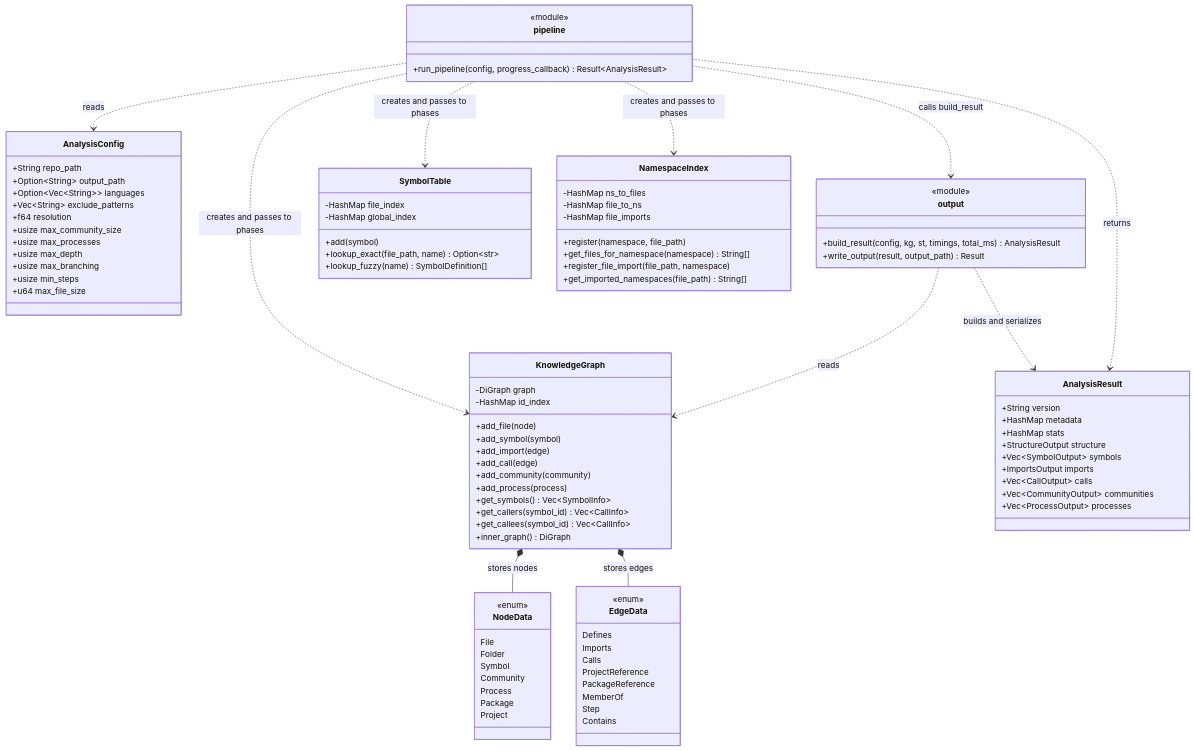
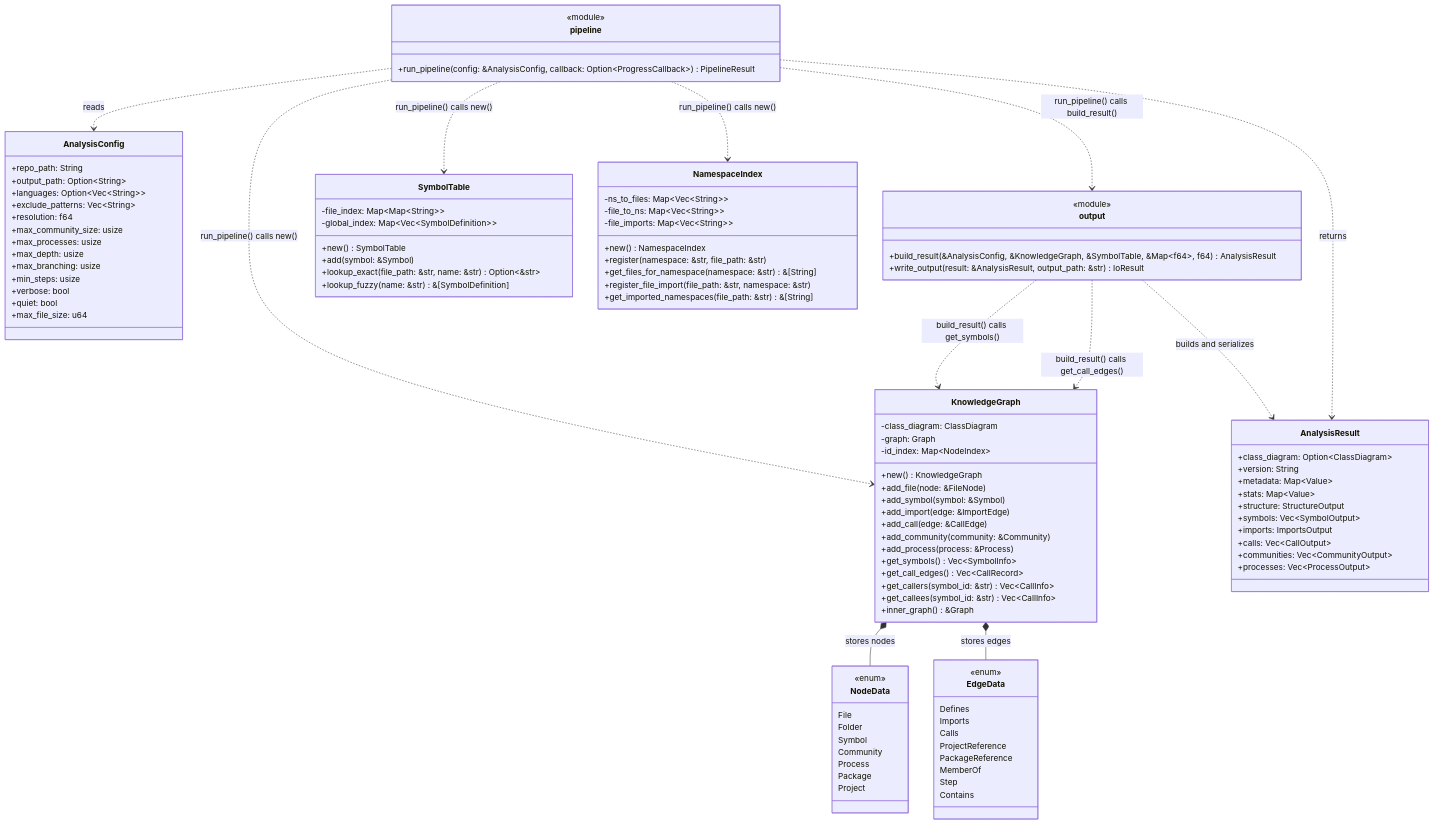
One commit to ScottRBK/mycelium changed the first of 3 diagrams in AGENTS.md. Above: the diagram before and after it, drawn with Mermaid. The commit also changed other lines of this file and 52 other files, not shown here.

First line of the commit message:
feat: add deterministic Mermaid export with test filtering

````diff
--- a/AGENTS.md
+++ b/AGENTS.md
@@ -18,54 +27,61 @@
 
     class pipeline {
         <<module>>
-        +run_pipeline(config, progress_callback) Result~AnalysisResult~
+        +run_pipeline(config: &AnalysisConfig, callback: Option~ProgressCallback~) PipelineResult
     }
 
     class AnalysisConfig {
-        +String repo_path
-        +Option~String~ output_path
-        +Option~Vec~String~~ languages
-        +Vec~String~ exclude_patterns
-        +f64 resolution
-        +usize max_community_size
-        +usize max_processes
-        +usize max_depth
-        +usize max_branching
-        +usize min_steps
-        +u64 max_file_size
+        +repo_path: String
+        +output_path: Option~String~
+        +languages: Option~Vec~String~~
+        +exclude_patterns: Vec~String~
+        +resolution: f64
+        +max_community_size: usize
+        +max_processes: usize
+        +max_depth: usize
+        +max_branching: usize
+        +min_steps: usize
+        +verbose: bool
+        +quiet: bool
+        +max_file_size: u64
     }
 
     class KnowledgeGraph {
-        -DiGraph graph
-        -HashMap id_index
-        +add_file(node)
-        +add_symbol(symbol)
-        +add_import(edge)
-        +add_call(edge)
-        +add_community(community)
-        +add_process(process)
+        -class_diagram: ClassDiagram
+        -graph: Graph
+        -id_index: Map~NodeIndex~
+        +new() KnowledgeGraph
+        +add_file(node: &FileNode)
+        +add_symbol(symbol: &Symbol)
+        +add_import(edge: &ImportEdge)
+        +add_call(edge: &CallEdge)
+        +add_community(community: &Community)
+        +add_process(process: &Process)
         +get_symbols() Vec~SymbolInfo~
-        +get_callers(symbol_id) Vec~CallInfo~
-        +get_callees(symbol_id) Vec~CallInfo~
-        +inner_graph() DiGraph
+        +get_call_edges() Vec~CallRecord~
+        +get_callers(symbol_id: &str) Vec~CallInfo~
+        +get_callees(symbol_id: &str) Vec~CallInfo~
+        +inner_graph() &Graph
     }
 
     class SymbolTable {
-        -HashMap file_index
-        -HashMap global_index
-        +add(symbol)
-        +lookup_exact(file_path, name) Option~str~
-        +lookup_fuzzy(name) SymbolDefinition[]
+        -file_index: Map~Map~String~~
+        -global_index: Map~Vec~SymbolDefinition~~
+        +new() SymbolTable
+        +add(symbol: &Symbol)
+        +lookup_exact(file_path: &str, name: &str) Option~&str~
+        +lookup_fuzzy(name: &str) &[SymbolDefinition]
     }
 
     class NamespaceIndex {
-        -HashMap ns_to_files
-        -HashMap file_to_ns
-        -HashMap file_imports
-        +register(namespace, file_path)
-        +get_files_for_namespace(namespace) String[]
-        +register_file_import(file_path, namespace)
-        +get_imported_namespaces(file_path) String[]
+        -ns_to_files: Map~Vec~String~~
+        -file_to_ns: Map~Vec~String~~
+        -file_imports: Map~Vec~String~~
+        +new() NamespaceIndex
+        +register(namespace: &str, file_path: &str)
+        +get_files_for_namespace(namespace: &str) &[String]
+        +register_file_import(file_path: &str, namespace: &str)
+        +get_imported_namespaces(file_path: &str) &[String]
     }
 
     class NodeData {
@@ -93,30 +109,32 @@
 
     class output {
         <<module>>
-        +build_result(config, kg, st, timings, total_ms) AnalysisResult
-        +write_output(result, output_path) Result
+        +build_result(&AnalysisConfig, &KnowledgeGraph, &SymbolTable, &Map~f64~, f64) AnalysisResult
+        +write_output(result: &AnalysisResult, output_path: &str) IoResult
     }
 
     class AnalysisResult {
-        +String version
-        +HashMap metadata
-        +HashMap stats
-        +StructureOutput structure
-        +Vec~SymbolOutput~ symbols
-        +ImportsOutput imports
-        +Vec~CallOutput~ calls
-        +Vec~CommunityOutput~ communities
-        +Vec~ProcessOutput~ processes
+        +class_diagram: Option~ClassDiagram~
+        +version: String
+        +metadata: Map~Value~
+        +stats: Map~Value~
+        +structure: StructureOutput
+        +symbols: Vec~SymbolOutput~
+        +imports: ImportsOutput
+        +calls: Vec~CallOutput~
+        +communities: Vec~CommunityOutput~
+        +processes: Vec~ProcessOutput~
     }
 
     pipeline ..> AnalysisConfig : reads
-    pipeline ..> KnowledgeGraph : creates and passes to phases
-    pipeline ..> SymbolTable : creates and passes to phases
-    pipeline ..> NamespaceIndex : creates and passes to phases
-    pipeline ..> output : calls build_result
+    pipeline ..> KnowledgeGraph : run_pipeline() calls new()
+    pipeline ..> SymbolTable : run_pipeline() calls new()
+    pipeline ..> NamespaceIndex : run_pipeline() calls new()
+    pipeline ..> output : run_pipeline() calls build_result()
     pipeline ..> AnalysisResult : returns
     KnowledgeGraph *-- NodeData : stores nodes
     KnowledgeGraph *-- EdgeData : stores edges
-    output ..> KnowledgeGraph : reads
+    output ..> KnowledgeGraph : build_result() calls get_symbols()
+    output ..> KnowledgeGraph : build_result() calls get_call_edges()
     output ..> AnalysisResult : builds and serializes
 ```
````
